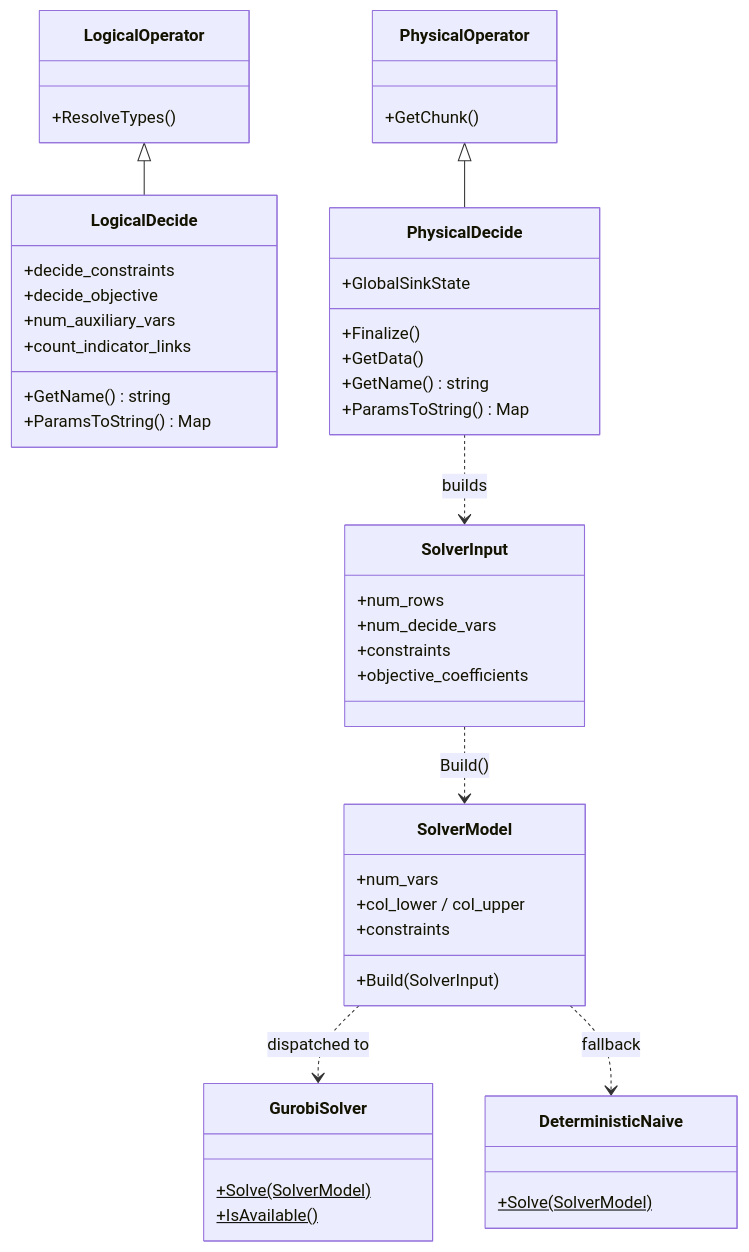
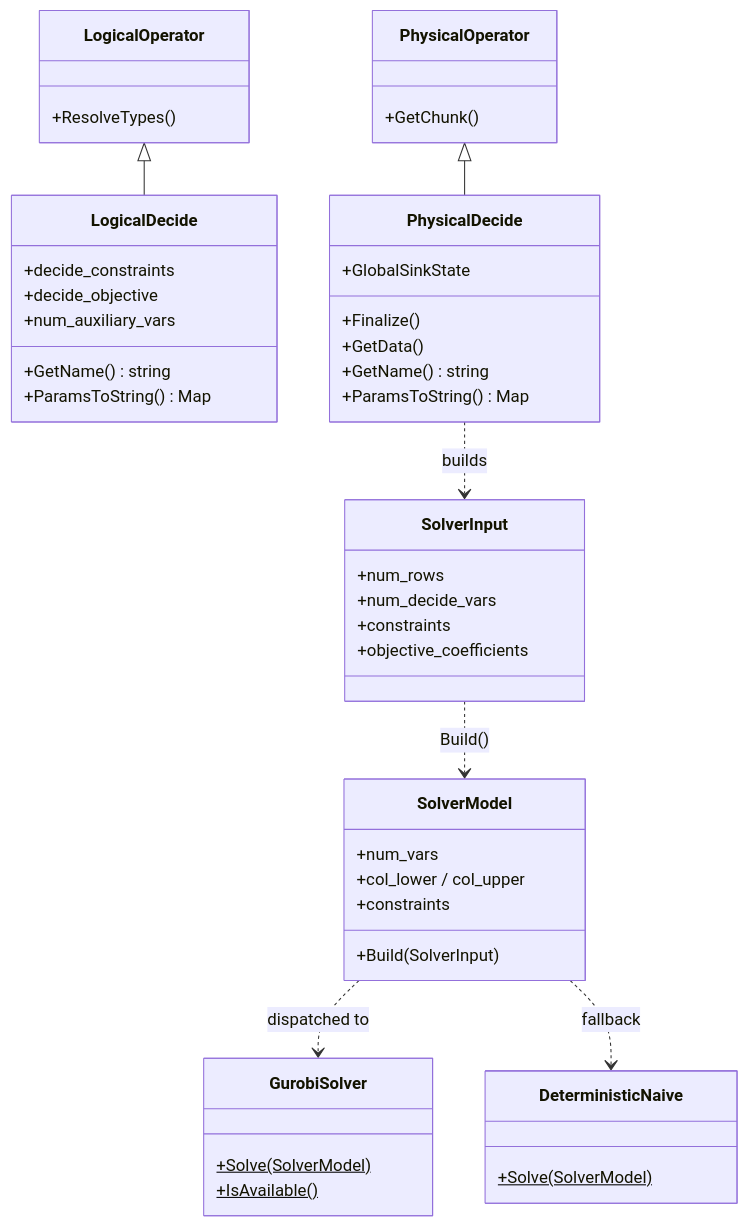
Before and after one commit to huda-lab/packdb: the second of 2 diagrams in context/descriptions/01_pipeline/code_structure.md, drawn with Mermaid. The commit also changed other lines of this file and 57 other files, not shown here.

````diff
--- a/context/descriptions/01_pipeline/code_structure.md
+++ b/context/descriptions/01_pipeline/code_structure.md
@@ -87,52 +87,51 @@
 ```mermaid
 classDiagram
     class LogicalOperator {
         +ResolveTypes()
     }
     class LogicalDecide {
         +decide_constraints
         +decide_objective
         +num_auxiliary_vars
-        +count_indicator_links
         +GetName() string
         +ParamsToString() Map
     }
 
     class PhysicalOperator {
         +GetChunk()
     }
     class PhysicalDecide {
         +GlobalSinkState
         +Finalize()
         +GetData()
         +GetName() string
         +ParamsToString() Map
     }
 
     class SolverInput {
         +num_rows
         +num_decide_vars
         +constraints
         +objective_coefficients
     }
     class SolverModel {
         +num_vars
         +col_lower / col_upper
         +constraints
         +Build(SolverInput)
     }
     class GurobiSolver {
         +Solve(SolverModel)$
         +IsAvailable()$
     }
     class DeterministicNaive {
         +Solve(SolverModel)$
     }
 
     LogicalOperator <|-- LogicalDecide
     PhysicalOperator <|-- PhysicalDecide
     PhysicalDecide ..> SolverInput : builds
     SolverInput ..> SolverModel : Build()
     SolverModel ..> GurobiSolver : dispatched to
     SolverModel ..> DeterministicNaive : fallback
 ```
````
